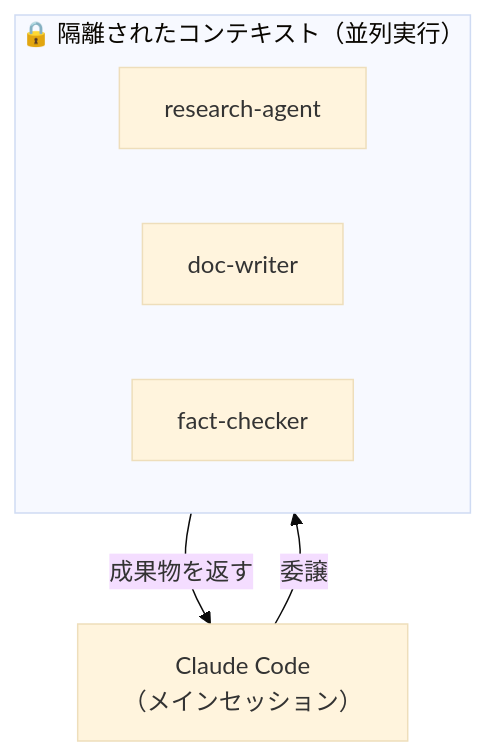
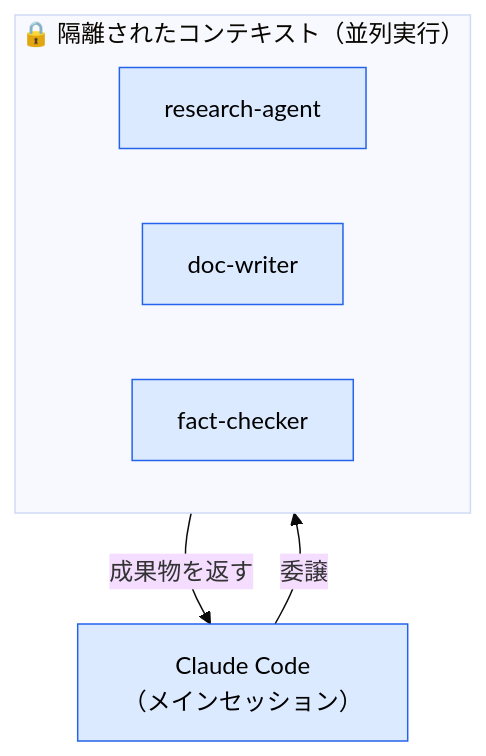
One commit to takuma39/ai changed the second of 48 diagrams in AI駆動開発.md. Above: the diagram before and after it, drawn with Mermaid (base theme). The commit also changed other lines of this file, not shown here.

````diff
--- a/AI駆動開発.md
+++ b/AI駆動開発.md
@@ -68,13 +74,18 @@
 ```mermaid
 flowchart TB
     CC["Claude Code<br/>（メインセッション）"]
 
     subgraph Isolated["🔒 隔離されたコンテキスト（並列実行）"]
         SA1["research-agent"]
         SA2["doc-writer"]
         SA3["fact-checker"]
     end
 
     CC -->|委譲| Isolated
     Isolated -->|成果物を返す| CC
+
+    style CC fill:#dbeafe,stroke:#2563eb,color:#000
+    style SA1 fill:#dbeafe,stroke:#2563eb,color:#000
+    style SA2 fill:#dbeafe,stroke:#2563eb,color:#000
+    style SA3 fill:#dbeafe,stroke:#2563eb,color:#000
 ```
````
